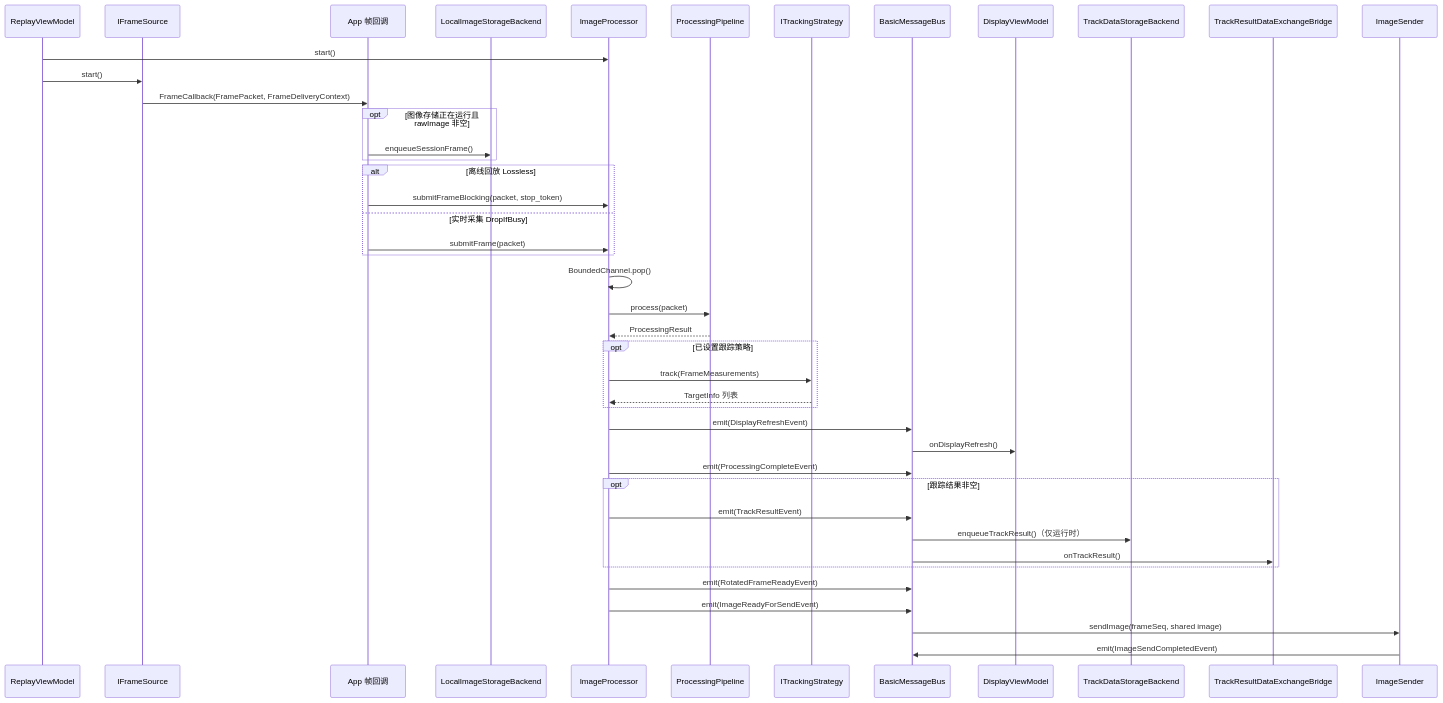
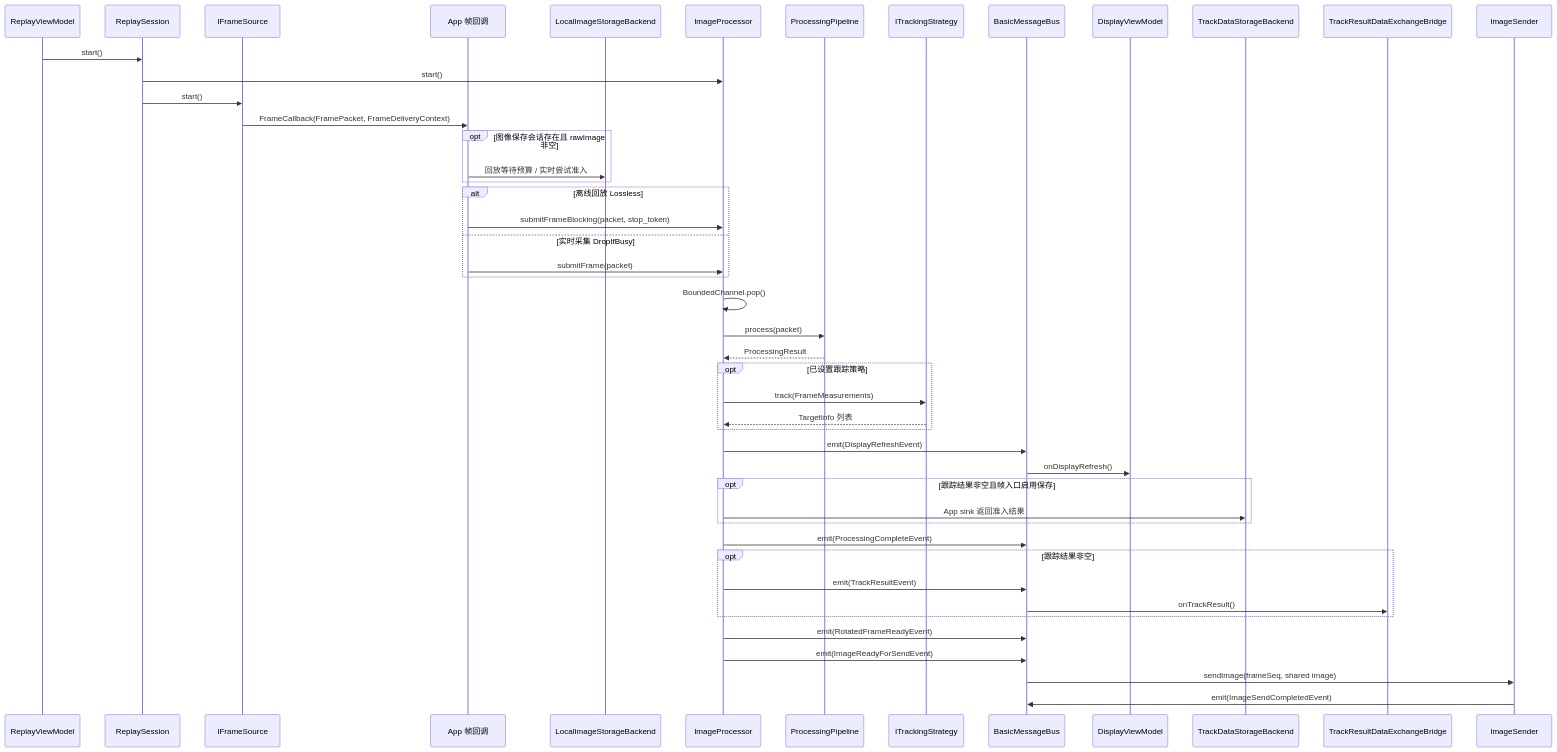
One commit to with-fair-wind/1mZGG changed the second of 3 diagrams in docs/overview.md. Above: the diagram before and after it, drawn with Mermaid. The commit also changed other lines of this file and 27 other files, not shown here.

````diff
--- a/docs/overview.md
+++ b/docs/overview.md
@@ -189,45 +189,49 @@
 ```mermaid
 sequenceDiagram
     participant UI as ReplayViewModel
+    participant Session as ReplaySession
     participant Source as IFrameSource
     participant Callback as App 帧回调
     participant RawStore as LocalImageStorageBackend
     participant Processor as ImageProcessor
     participant Pipeline as ProcessingPipeline
     participant Tracker as ITrackingStrategy
     participant Bus as BasicMessageBus
     participant Display as DisplayViewModel
     participant TrackStore as TrackDataStorageBackend
     participant Bridge as TrackResultDataExchangeBridge
 
-    UI->>Processor: start()
-    UI->>Source: start()
+    UI->>Session: start()
+    Session->>Processor: start()
+    Session->>Source: start()
     Source->>Callback: FrameCallback(FramePacket, FrameDeliveryContext)
-    opt 图像存储正在运行且 rawImage 非空
-        Callback->>RawStore: enqueueSessionFrame()
+    opt 图像保存会话存在且 rawImage 非空
+        Callback->>RawStore: 回放等待预算 / 实时尝试准入
     end
     alt 离线回放 Lossless
         Callback->>Processor: submitFrameBlocking(packet, stop_token)
     else 实时采集 DropIfBusy
         Callback->>Processor: submitFrame(packet)
     end
     Processor->>Processor: BoundedChannel.pop()
     Processor->>Pipeline: process(packet)
     Pipeline-->>Processor: ProcessingResult
     opt 已设置跟踪策略
         Processor->>Tracker: track(FrameMeasurements)
         Tracker-->>Processor: TargetInfo 列表
     end
     Processor->>Bus: emit(DisplayRefreshEvent)
     Bus->>Display: onDisplayRefresh()
+    opt 跟踪结果非空且帧入口启用保存
+        Processor->>TrackStore: App sink 返回准入结果
+    end
     Processor->>Bus: emit(ProcessingCompleteEvent)
     opt 跟踪结果非空
         Processor->>Bus: emit(TrackResultEvent)
-        Bus->>TrackStore: enqueueTrackResult()（仅运行时）
         Bus->>Bridge: onTrackResult()
     end
     Processor->>Bus: emit(RotatedFrameReadyEvent)
     Processor->>Bus: emit(ImageReadyForSendEvent)
     Bus->>ImageSender: sendImage(frameSeq, shared image)
     ImageSender->>Bus: emit(ImageSendCompletedEvent)
 ```
````
